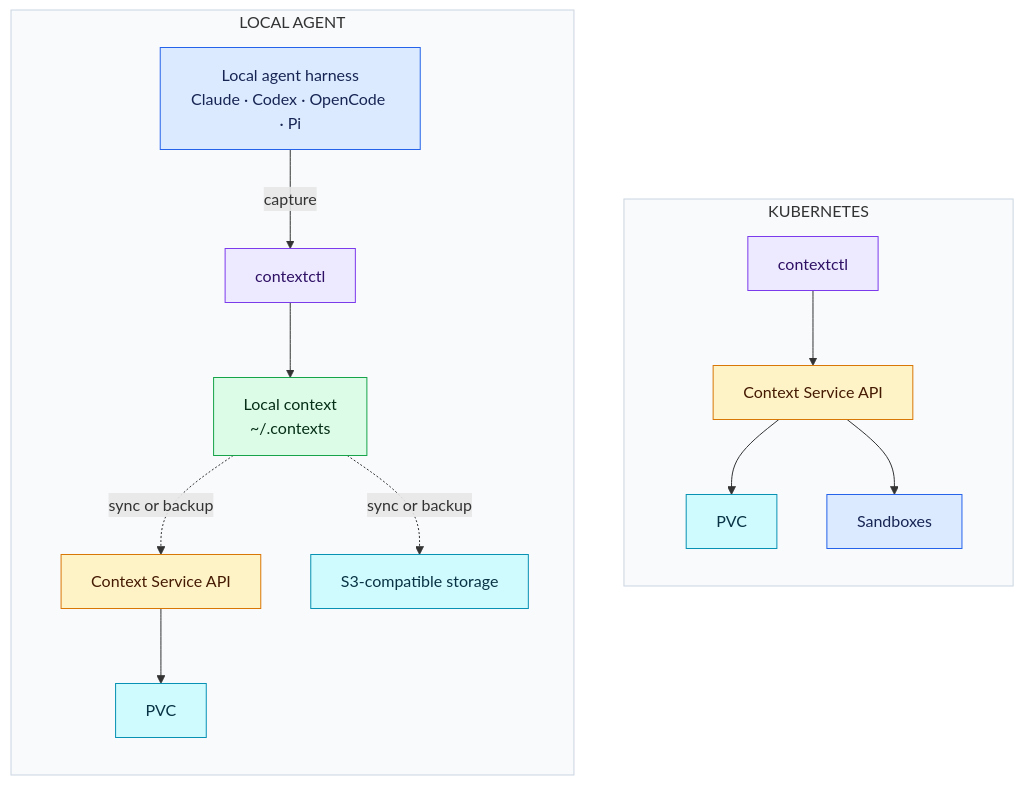
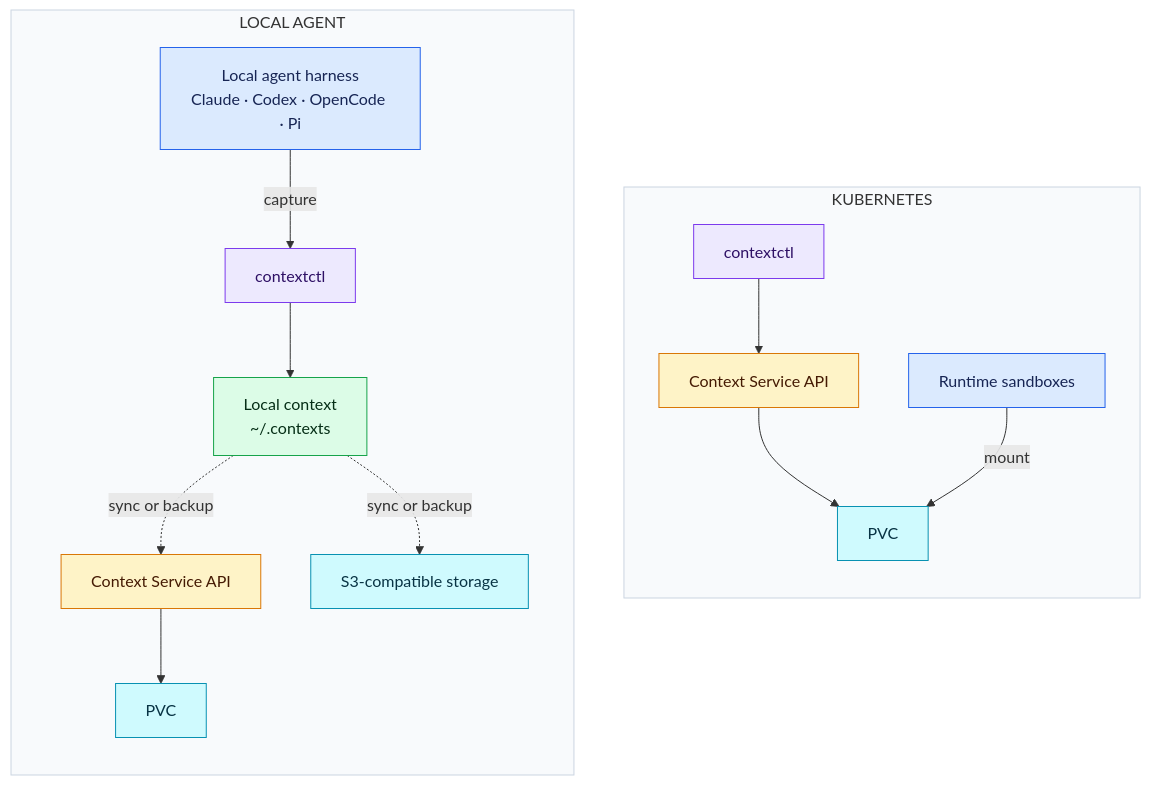
One commit to rossoctl/context-service changed the diagram in README.md. Above: the diagram before and after it, drawn with Mermaid. The commit also changed other lines of this file and 28 other files, not shown here.

````diff
--- a/README.md
+++ b/README.md
@@ -15,40 +16,40 @@
 ```mermaid
 flowchart LR
     subgraph LocalMode["LOCAL AGENT"]
         direction TB
         Harness["Local agent harness<br/>Claude · Codex · OpenCode · Pi"]:::agent
         LocalCLI["contextctl"]:::control
         Local["Local context<br/>~/.contexts"]:::local
         SyncService["Context Service API"]:::service
         SyncPVC["PVC"]:::storage
         S3["S3-compatible storage"]:::storage
 
         Harness -->|capture| LocalCLI
         LocalCLI --> Local
         Local -.->|sync or backup| SyncService
         SyncService --> SyncPVC
         Local -.->|sync or backup| S3
     end
 
     subgraph ClusterMode["KUBERNETES"]
         direction TB
         RemoteCLI["contextctl"]:::control
         Service["Context Service API"]:::service
         PVC["PVC"]:::storage
-        Sandboxes["Sandboxes"]:::agent
+        Sandboxes["Runtime sandboxes"]:::agent
 
         RemoteCLI --> Service
         Service --> PVC
-        Service --> Sandboxes
+        Sandboxes -->|mount| PVC
     end
 
     LocalMode ~~~ ClusterMode
 
     classDef agent fill:#dbeafe,stroke:#2563eb,color:#172554
     classDef control fill:#ede9fe,stroke:#7c3aed,color:#2e1065
     classDef local fill:#dcfce7,stroke:#16a34a,color:#052e16
     classDef service fill:#fef3c7,stroke:#d97706,color:#451a03
     classDef storage fill:#cffafe,stroke:#0891b2,color:#083344
     style LocalMode fill:#f8fafc,stroke:#cbd5e1
     style ClusterMode fill:#f8fafc,stroke:#cbd5e1
 ```
````
